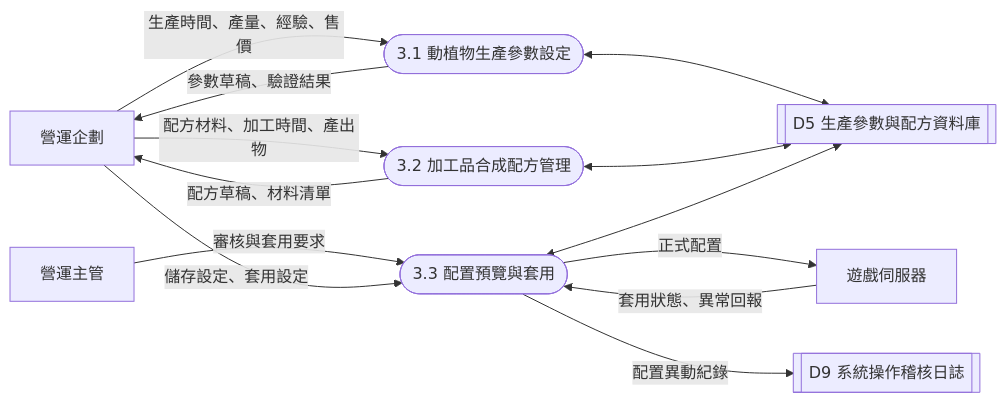
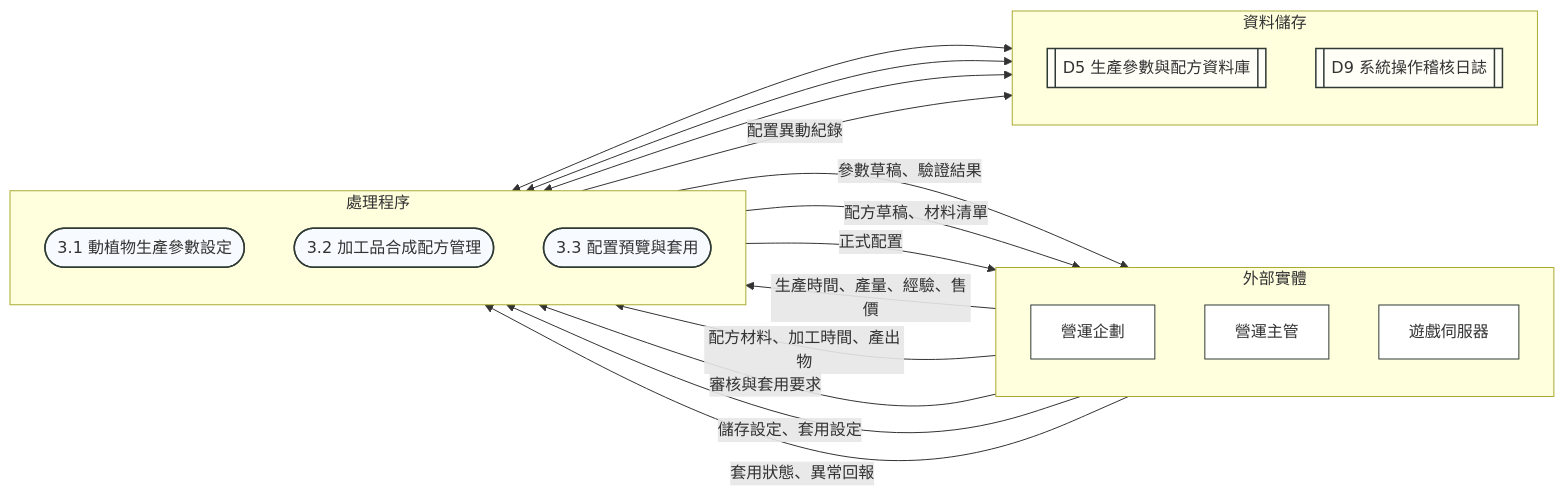
One commit to benson927/LINE_FARM changed the sixth of 9 diagrams in docs/dfd-diagrams.md. Above: the diagram before and after it, drawn with Mermaid. The commit also changed other lines of this file, not shown here.

Commit message:
Improve DFD diagram layout

````diff
--- a/docs/dfd-diagrams.md
+++ b/docs/dfd-diagrams.md
@@ -260,26 +329,44 @@
 ```mermaid
 flowchart LR
-  Planner[營運企劃]
-  OpsLead[營運主管]
-  GameServer[遊戲伺服器]
-  P31([3.1 動植物生產參數設定])
-  P32([3.2 加工品合成配方管理])
-  P33([3.3 配置預覽與套用])
-  D5[[D5 生產參數與配方資料庫]]
-  D9[[D9 系統操作稽核日誌]]
+  subgraph Actors[外部實體]
+    direction TB
+    Planner[營運企劃]
+    OpsLead[營運主管]
+    GameServer[遊戲伺服器]
+  end
+
+  subgraph Processes[處理程序]
+    direction TB
+    P31([3.1 動植物生產參數設定])
+    P32([3.2 加工品合成配方管理])
+    P33([3.3 配置預覽與套用])
+  end
+
+  subgraph Stores[資料儲存]
+    direction TB
+    D5[[D5 生產參數與配方資料庫]]
+    D9[[D9 系統操作稽核日誌]]
+  end
 
   Planner -->|生產時間、產量、經驗、售價| P31
   P31 <--> D5
   P31 -->|參數草稿、驗證結果| Planner
 
   Planner -->|配方材料、加工時間、產出物| P32
   P32 <--> D5
   P32 -->|配方草稿、材料清單| Planner
 
   OpsLead -->|審核與套用要求| P33
   Planner -->|儲存設定、套用設定| P33
   P33 <--> D5
   P33 -->|正式配置| GameServer
   GameServer -->|套用狀態、異常回報| P33
   P33 -->|配置異動紀錄| D9
+
+  classDef entity fill:#ffffff,stroke:#2f3a35,stroke-width:1px;
+  classDef process fill:#f7fbff,stroke:#2f3a35,stroke-width:1.5px;
+  classDef store fill:#fffef7,stroke:#2f3a35,stroke-width:1.5px;
+  class Planner,OpsLead,GameServer entity;
+  class P31,P32,P33 process;
+  class D5,D9 store;
 ```
````
